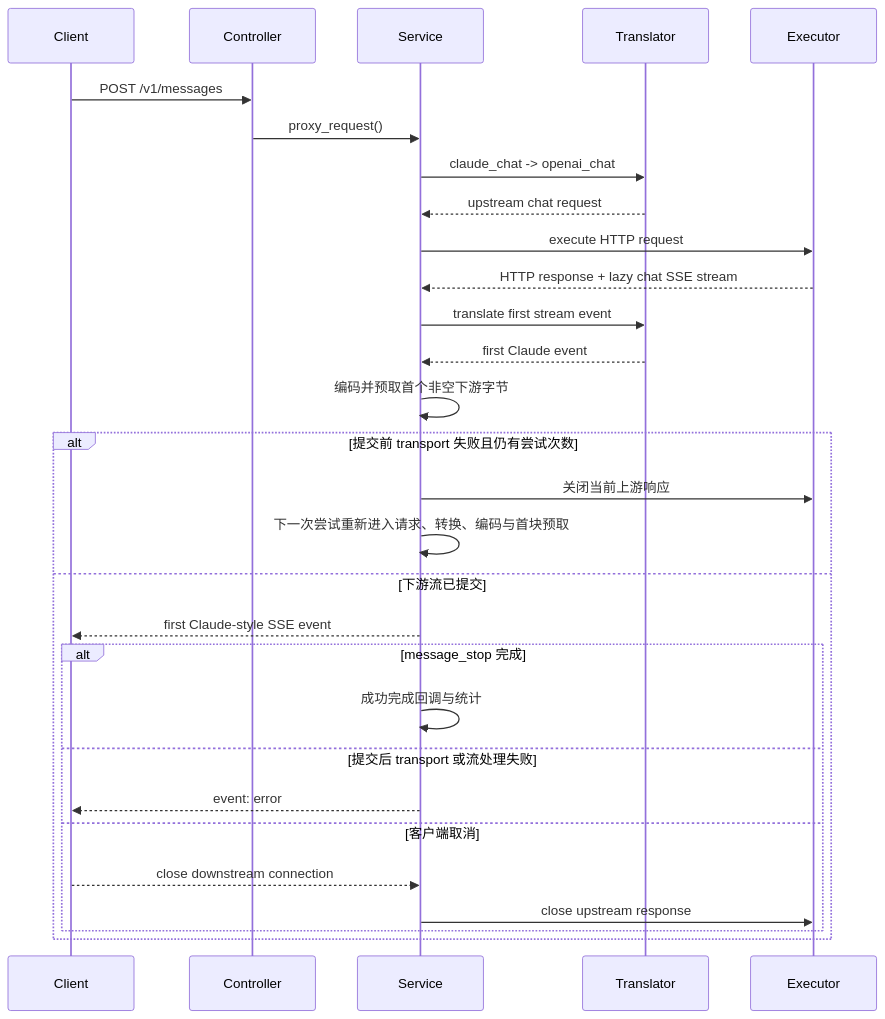
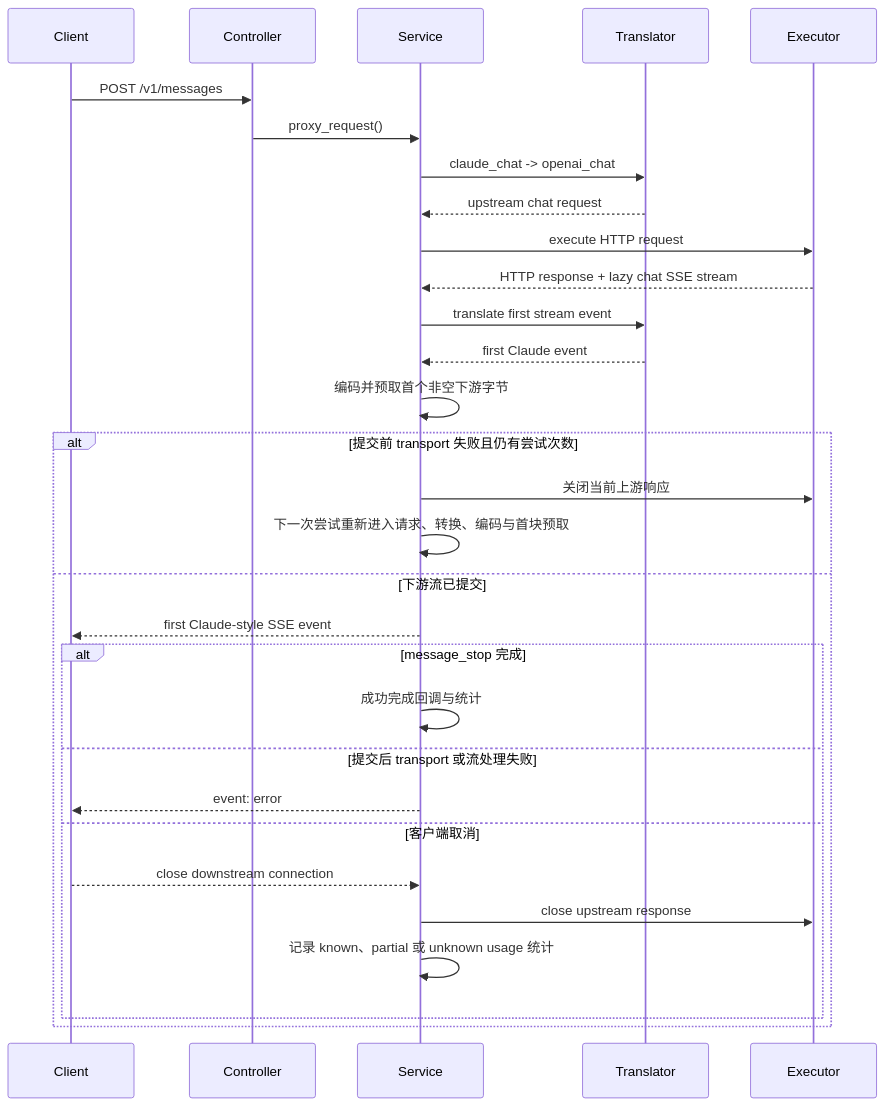
One commit to VonSdite/LLM_Proxy changed the fourth of 5 diagrams in docs/architecture-4plus1.md. Above: the diagram before and after it, drawn with Mermaid. The commit also changed other lines of this file and 21 other files, not shown here.

````diff
--- a/docs/architecture-4plus1.md
+++ b/docs/architecture-4plus1.md
@@ -1189,32 +1203,33 @@
 ```mermaid
 sequenceDiagram
     participant Client
     participant Controller
     participant Service
     participant Translator
     participant Executor
 
     Client->>Controller: POST /v1/messages
     Controller->>Service: proxy_request()
     Service->>Translator: claude_chat -> openai_chat
     Translator-->>Service: upstream chat request
     Service->>Executor: execute HTTP request
     Executor-->>Service: HTTP response + lazy chat SSE stream
     Service->>Translator: translate first stream event
     Translator-->>Service: first Claude event
     Service->>Service: 编码并预取首个非空下游字节
     alt 提交前 transport 失败且仍有尝试次数
         Service->>Executor: 关闭当前上游响应
         Service->>Service: 下一次尝试重新进入请求、转换、编码与首块预取
     else 下游流已提交
         Service-->>Client: first Claude-style SSE event
         alt message_stop 完成
             Service->>Service: 成功完成回调与统计
         else 提交后 transport 或流处理失败
             Service-->>Client: event: error
         else 客户端取消
             Client-->>Service: close downstream connection
             Service->>Executor: close upstream response
+            Service->>Service: 记录 known、partial 或 unknown usage 统计
         end
     end
 ```
````
